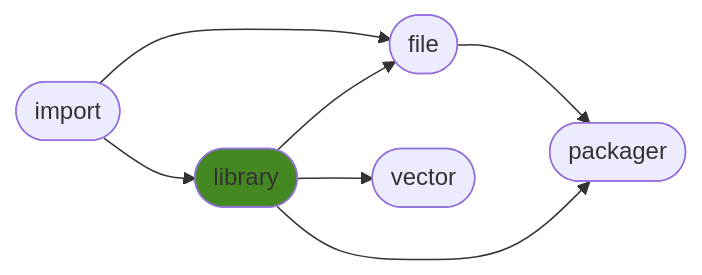
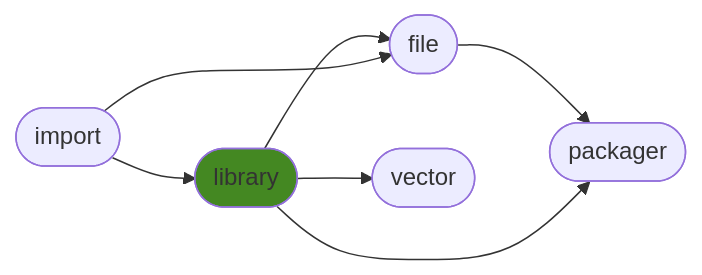
The diagram in README.md (ManderaGeneral/generallibrary), drawn with Mermaid before and after one commit. The commit also changed other lines of this file, not shown here.

````diff
--- a/README.md
+++ b/README.md
@@ -24,15 +24,15 @@
 ```mermaid
 flowchart LR
-0([import]) --> 1([library])
+1([library]) --> 2([file])
 2([file]) --> 4([packager])
 1([library]) --> 4([packager])
+0([import]) --> 1([library])
+1([library]) --> 3([vector])
 0([import]) --> 2([file])
-1([library]) --> 3([vector])
-1([library]) --> 2([file])
 click 0 "https://github.com/ManderaGeneral/generalimport"
 click 1 "https://github.com/ManderaGeneral/generallibrary"
 click 2 "https://github.com/ManderaGeneral/generalfile"
 click 3 "https://github.com/ManderaGeneral/generalvector"
 click 4 "https://github.com/ManderaGeneral/generalpackager"
 style 1 fill:#482
 ```
````
